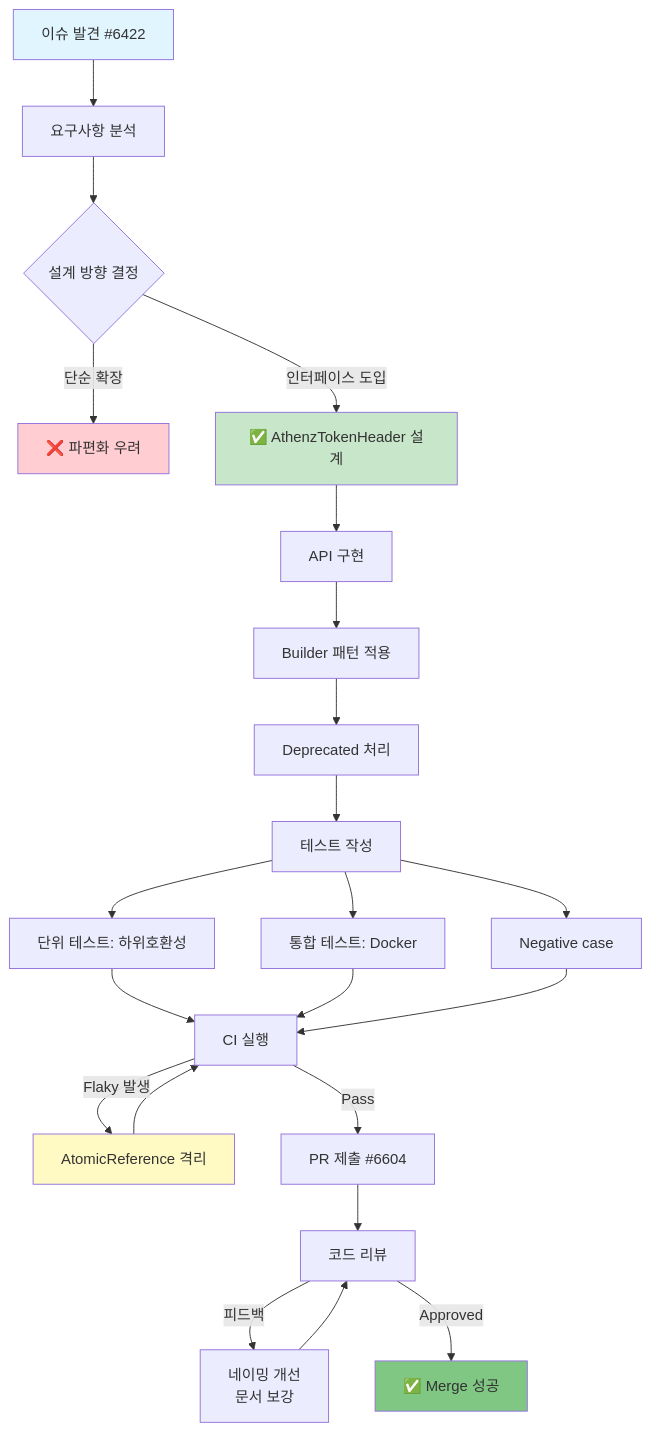
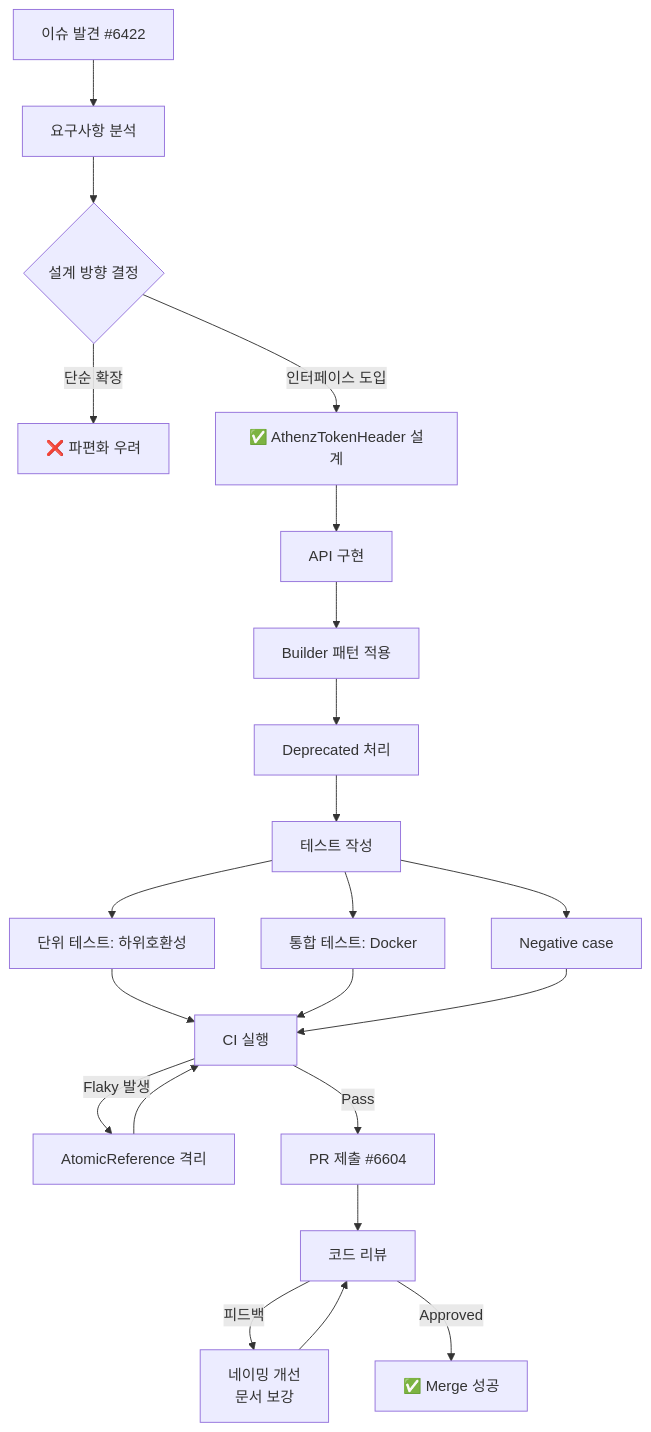
The fourth of 4 diagrams in _posts/2026-03-07-line-armeria-athenz-token-header-contribution.md (JAEKWANG97/JAEKWANG97.github.io), drawn with Mermaid before and after one commit. The commit also changed other lines of this file, not shown here.

````diff
--- a/_posts/2026-03-07-line-armeria-athenz-token-header-contribution.md
+++ b/_posts/2026-03-07-line-armeria-athenz-token-header-contribution.md
@@ -316,35 +316,30 @@
 ```mermaid
 graph TD
     A[이슈 발견 #6422] --> B[요구사항 분석]
     B --> C{설계 방향 결정}
     C -->|단순 확장| D[❌ 파편화 우려]
     C -->|인터페이스 도입| E[✅ AthenzTokenHeader 설계]
     
     E --> F[API 구현]
     F --> G[Builder 패턴 적용]
     G --> H[Deprecated 처리]
     
     H --> I[테스트 작성]
     I --> J[단위 테스트: 하위호환성]
     I --> K[통합 테스트: Docker]
     I --> L[Negative case]
     
     J --> M[CI 실행]
     K --> M
     L --> M
     
     M -->|Flaky 발생| N[AtomicReference 격리]
     N --> M
     M -->|Pass| O[PR 제출 #6604]
     
     O --> P[코드 리뷰]
     P -->|피드백| Q[네이밍 개선<br/>문서 보강]
     Q --> P
     P -->|Approved| R[✅ Merge 성공]
     
-    style A fill:#e1f5ff
-    style E fill:#c8e6c9
-    style R fill:#81c784
-    style D fill:#ffcdd2
-    style N fill:#fff9c4
 ```
````
